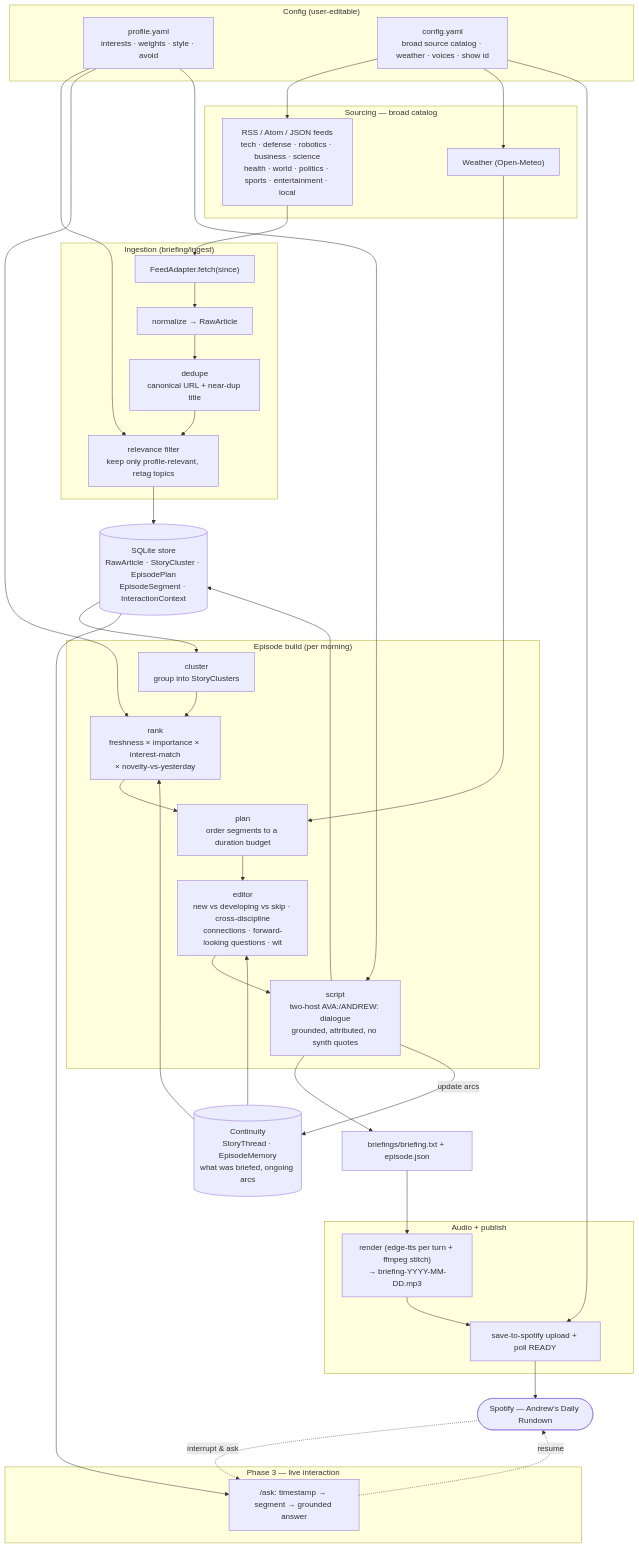
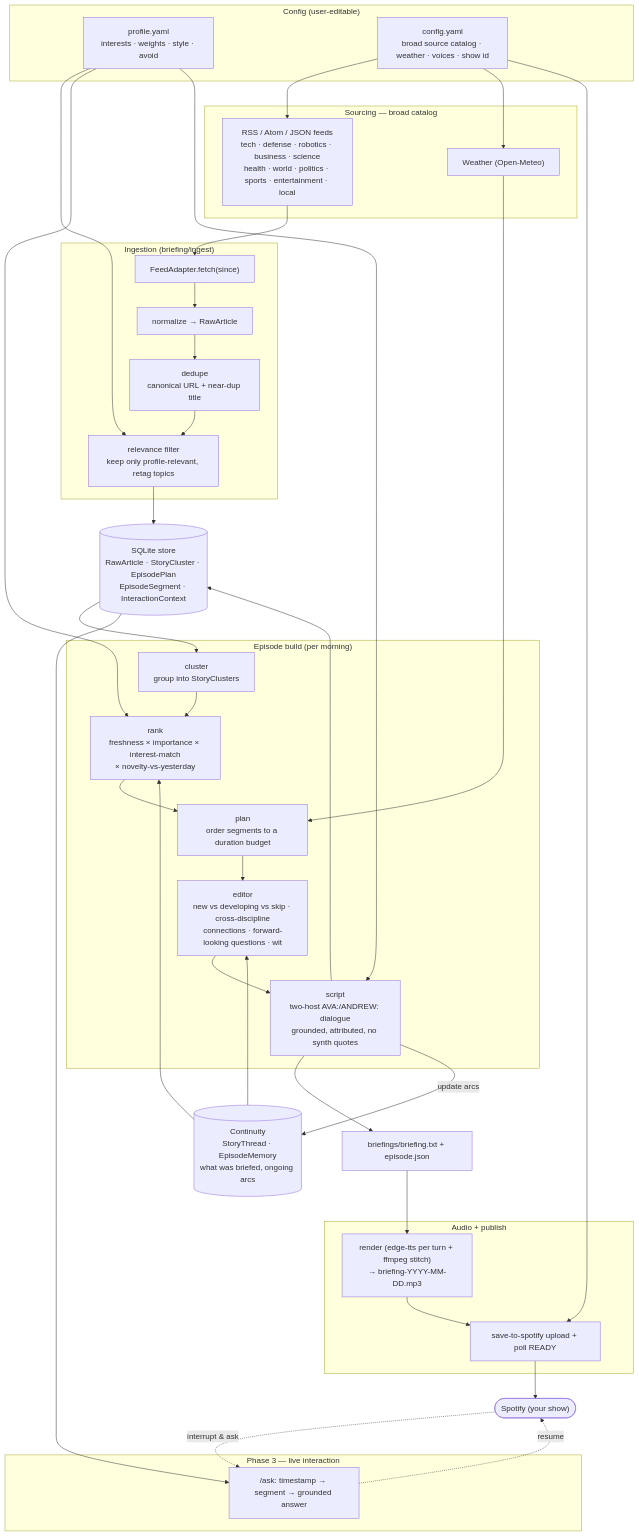
The diagram in docs/ARCHITECTURE.md (acsousa/daily-briefing), drawn with Mermaid before and after one commit. The commit also changed 2 other files, not shown here.

Commit message:
docs: de-personalize and de-stale the cross-platform wording
- `brief schedule --help` now says "launchd/systemd/cron" instead of "macOS launchd".
- run_daily.sh header notes all three schedulers.
- ARCHITECTURE diagram uses a generic "Spotify (your show)" node.

Claude-Session: https://claude.ai/code/session_013wVVR2BuUvBrqDyeDFRsZs

````diff
--- a/docs/ARCHITECTURE.md
+++ b/docs/ARCHITECTURE.md
@@ -8,62 +8,62 @@
 ```mermaid
 flowchart TD
     subgraph CFG["Config (user-editable)"]
         PROF["profile.yaml<br/>interests · weights · style · avoid"]
         CONF["config.yaml<br/>broad source catalog · weather · voices · show id"]
     end
 
     subgraph SRC["Sourcing — broad catalog"]
         FEEDS["RSS / Atom / JSON feeds<br/>tech · defense · robotics · business · science<br/>health · world · politics · sports · entertainment · local"]
         WX["Weather (Open-Meteo)"]
     end
 
     subgraph ING["Ingestion (briefing/ingest)"]
         FETCH["FeedAdapter.fetch(since)"]
         NORM["normalize → RawArticle"]
         DEDUP["dedupe<br/>canonical URL + near-dup title"]
         REL["relevance filter<br/>keep only profile-relevant, retag topics"]
     end
 
     STORE[("SQLite store<br/>RawArticle · StoryCluster · EpisodePlan<br/>EpisodeSegment · InteractionContext")]
     THREADS[("Continuity<br/>StoryThread · EpisodeMemory<br/>what was briefed, ongoing arcs")]
 
     subgraph BUILD["Episode build (per morning)"]
         CLUSTER["cluster<br/>group into StoryClusters"]
         RANK["rank<br/>freshness × importance × interest-match<br/>× novelty-vs-yesterday"]
         PLAN["plan<br/>order segments to a duration budget"]
         EDITOR["editor<br/>new vs developing vs skip · cross-discipline<br/>connections · forward-looking questions · wit"]
         SCRIPT["script<br/>two-host AVA:/ANDREW: dialogue<br/>grounded, attributed, no synth quotes"]
     end
 
     ARTIFACTS["briefings/briefing.txt + episode.json"]
 
     subgraph AUD["Audio + publish"]
         RENDER["render (edge-tts per turn + ffmpeg stitch)<br/>→ briefing-YYYY-MM-DD.mp3"]
         UPLOAD["save-to-spotify upload + poll READY"]
     end
 
-    SPOTIFY(["Spotify — Andrew's Daily Rundown"])
+    SPOTIFY(["Spotify (your show)"])
 
     subgraph LIVE["Phase 3 — live interaction"]
         ASK["/ask: timestamp → segment → grounded answer"]
     end
 
     PROF --> REL
     PROF --> RANK
     PROF --> SCRIPT
     CONF --> FEEDS
     CONF --> WX
     CONF --> UPLOAD
 
     FEEDS --> FETCH --> NORM --> DEDUP --> REL --> STORE
     WX --> PLAN
     STORE --> CLUSTER --> RANK --> PLAN --> EDITOR --> SCRIPT --> ARTIFACTS
     THREADS --> RANK
     THREADS --> EDITOR
     SCRIPT --> STORE
     SCRIPT -- "update arcs" --> THREADS
     ARTIFACTS --> RENDER --> UPLOAD --> SPOTIFY
     STORE --> ASK
     SPOTIFY -. "interrupt & ask" .-> ASK
     ASK -. "resume" .-> SPOTIFY
 ```
````
